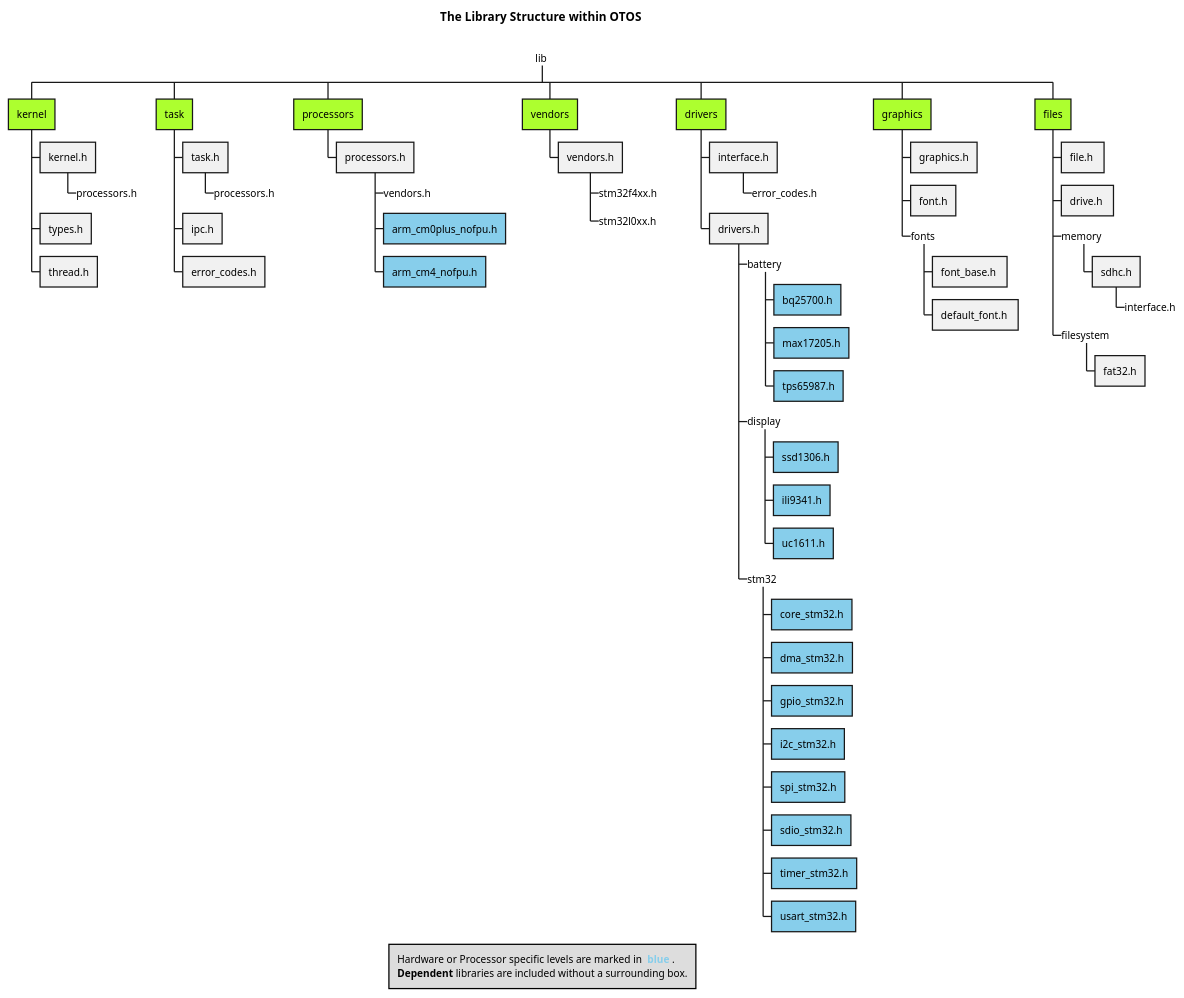
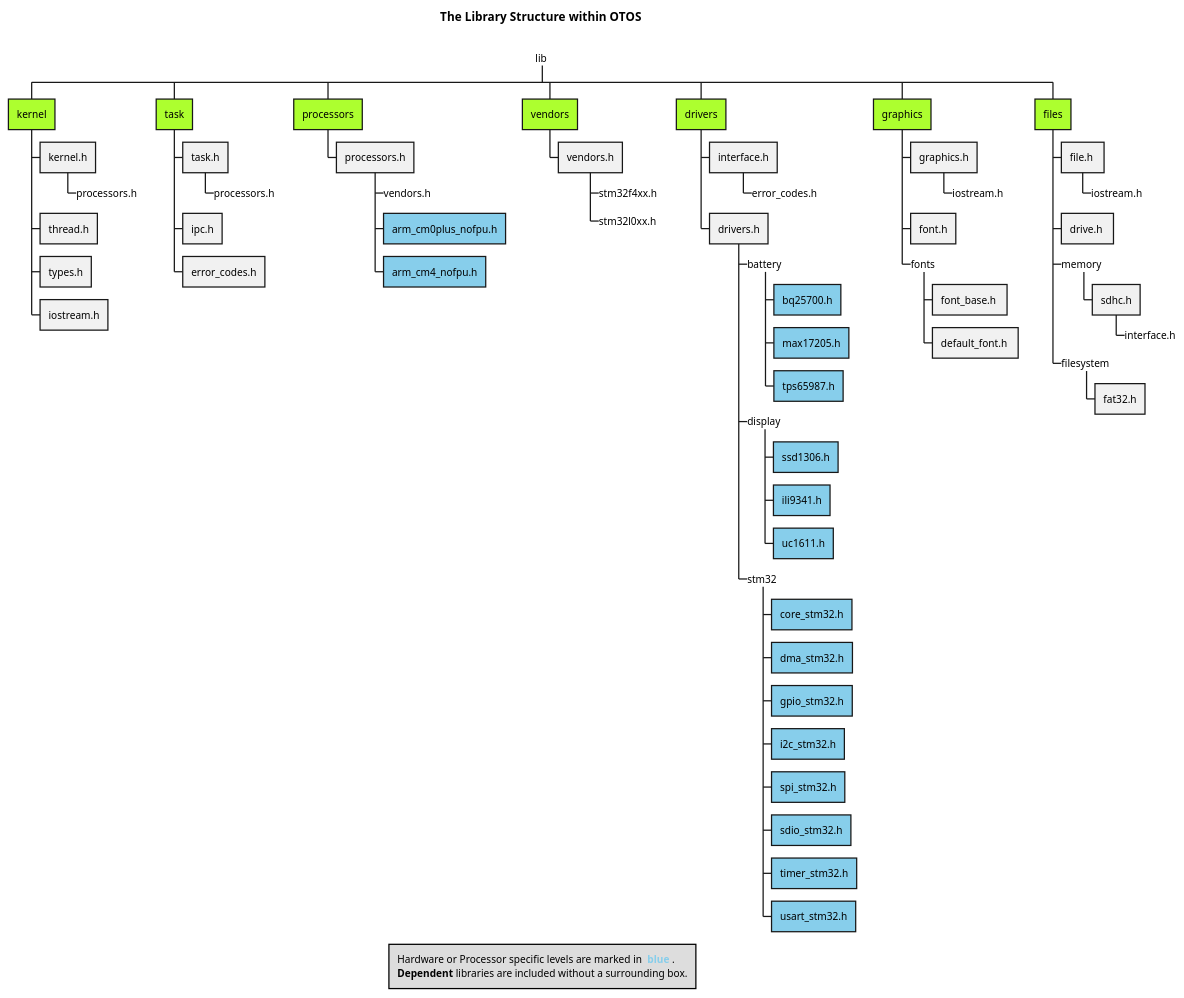
The diagram in doc/UML/WBS_LibStructure.puml (SebastianOberschwendtner/OTOS), drawn with PlantUML before and after one commit. The commit also changed 4 other files, not shown here.

```diff
--- a/doc/UML/WBS_LibStructure.puml
+++ b/doc/UML/WBS_LibStructure.puml
@@ -1,76 +1,79 @@
 @startwbs WBS_LibStructure
 title The Library Structure within **OTOS** \n
 legend Hardware or Processor specific levels are marked in **<color #SkyBlue> blue </color>**.\n<b>Dependent</b> libraries are included without a surrounding box.
 
 *_ lib
 
 ' === Kernel ===
 **[#GreenYellow] kernel
 *** kernel.h
 ****_ processors.h
 ' *** schedule.h
+*** thread.h
 *** types.h
-*** thread.h
+*** iostream.h
 
 ' === Task ===
 **[#GreenYellow] task
 *** task.h
 ****_ processors.h
 *** ipc.h
 *** error_codes.h
 
 ' === Processors ===
 **[#GreenYellow] processors
 *** processors.h
 ****_ vendors.h
 ****[#SkyBlue] arm_cm0plus_nofpu.h
 ****[#SkyBlue] arm_cm4_nofpu.h
 
 ' === Vendors ===
 **[#GreenYellow] vendors
 *** vendors.h
 ****_ stm32f4xx.h
 ****_ stm32l0xx.h
 
 ' === Drivers ===
 **[#GreenYellow] drivers
 *** interface.h
 ****_ error_codes.h
 *** drivers.h
 ****_ battery
 *****[#SkyBlue] bq25700.h
 *****[#SkyBlue] max17205.h
 *****[#SkyBlue] tps65987.h
 ****_ display
 *****[#SkyBlue] ssd1306.h
 *****[#SkyBlue] ili9341.h
 *****[#SkyBlue] uc1611.h
 ****_ stm32
 *****[#SkyBlue] core_stm32.h
 *****[#SkyBlue] dma_stm32.h
 *****[#SkyBlue] gpio_stm32.h
 *****[#SkyBlue] i2c_stm32.h
 *****[#SkyBlue] spi_stm32.h
 *****[#SkyBlue] sdio_stm32.h
 *****[#SkyBlue] timer_stm32.h
 *****[#SkyBlue] usart_stm32.h
 
 ' === Graphics ===
 **[#GreenYellow] graphics
 *** graphics.h
+****_ iostream.h
 *** font.h
 ***_ fonts
 **** font_base.h 
 **** default_font.h 
 
 ' === Files ===
 **[#GreenYellow] files
 *** file.h 
+****_ iostream.h
 *** drive.h 
 ***_ memory 
 **** sdhc.h
 *****_ interface.h
 ***_ filesystem
 **** fat32.h
 
 @endwbs
```
